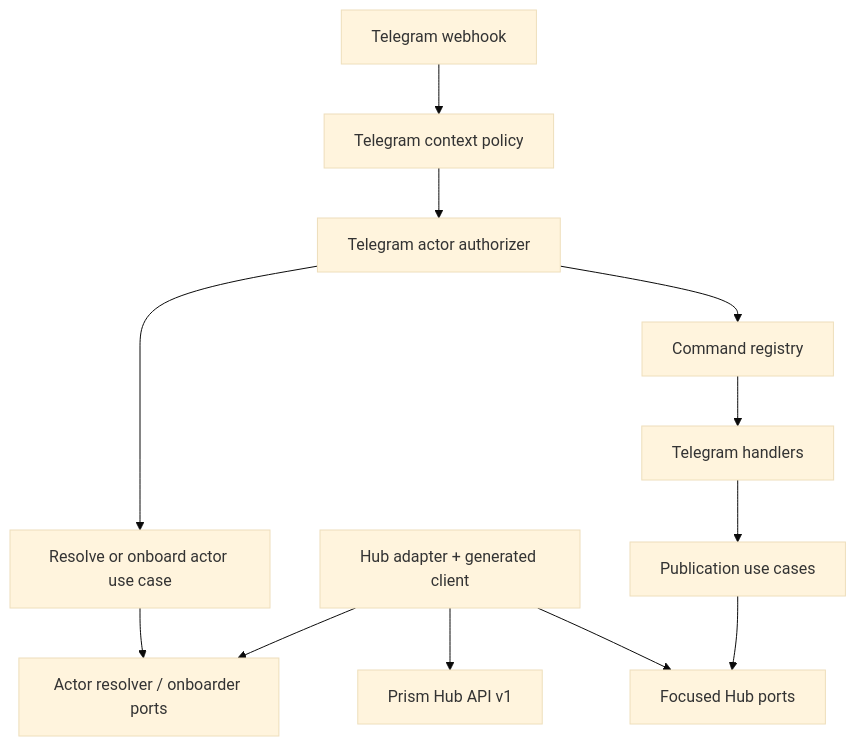
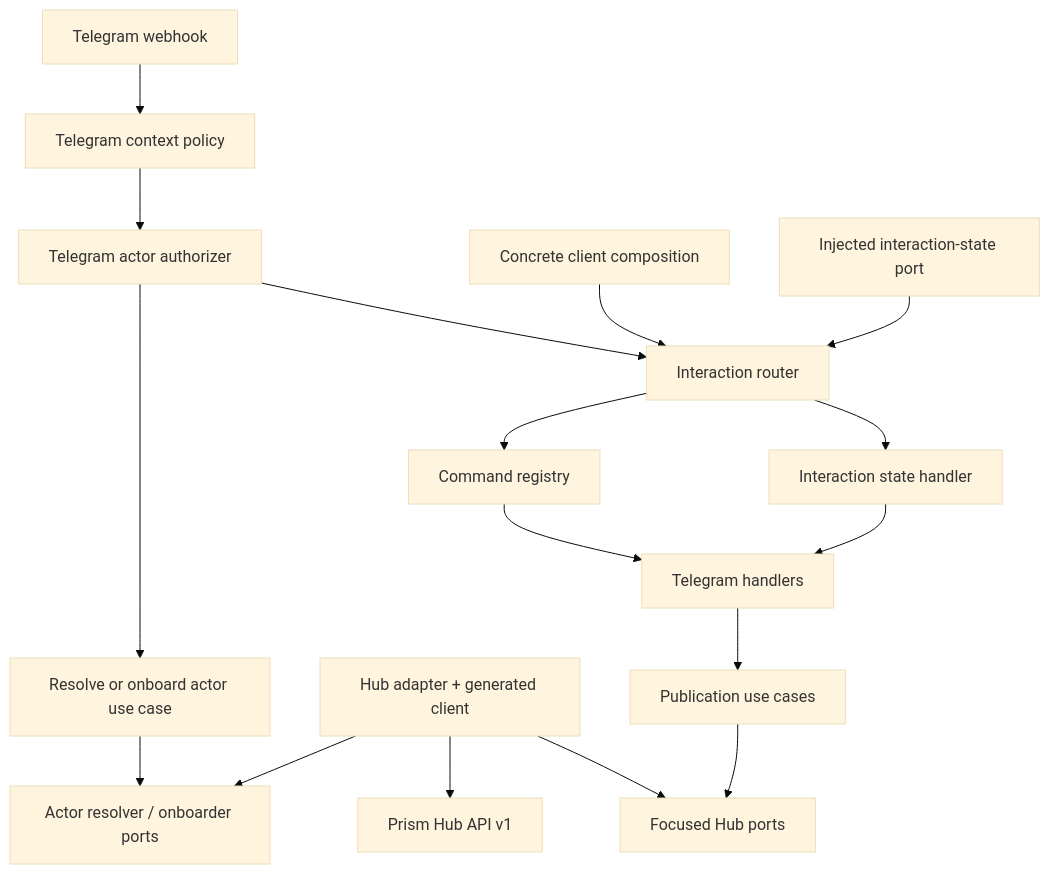
One commit to aiaiaiai-org/prism-bot changed the diagram in docs/architecture.md. Above: the diagram before and after it, drawn with Mermaid (base theme). The commit also changed other lines of this file, not shown here.

Commit message:
Document reusable client composition boundary

````diff
--- a/docs/architecture.md
+++ b/docs/architecture.md
@@ -8,14 +10,19 @@
 ```mermaid
 flowchart TD
     Webhook["Telegram webhook"] --> Context["Telegram context policy"]
     Context --> ActorAuth["Telegram actor authorizer"]
     ActorAuth --> ActorUseCase["Resolve or onboard actor use case"]
     ActorUseCase --> ActorPort["Actor resolver / onboarder ports"]
     ActorAdapter["Hub adapter + generated client"] --> ActorPort
     ActorAdapter --> Hub["Prism Hub API v1"]
-    ActorAuth --> Router["Command registry"]
-    Router --> Handler["Telegram handlers"]
+    ActorAuth --> Interaction["Interaction router"]
+    Client["Concrete client composition"] --> Interaction
+    Interaction --> Command["Command registry"]
+    Interaction --> State["Interaction state handler"]
+    StateStore["Injected interaction-state port"] --> Interaction
+    Command --> Handler["Telegram handlers"]
+    State --> Handler
     Handler --> UseCase["Publication use cases"]
     UseCase --> Port["Focused Hub ports"]
     ActorAdapter --> Port
 ```
````
